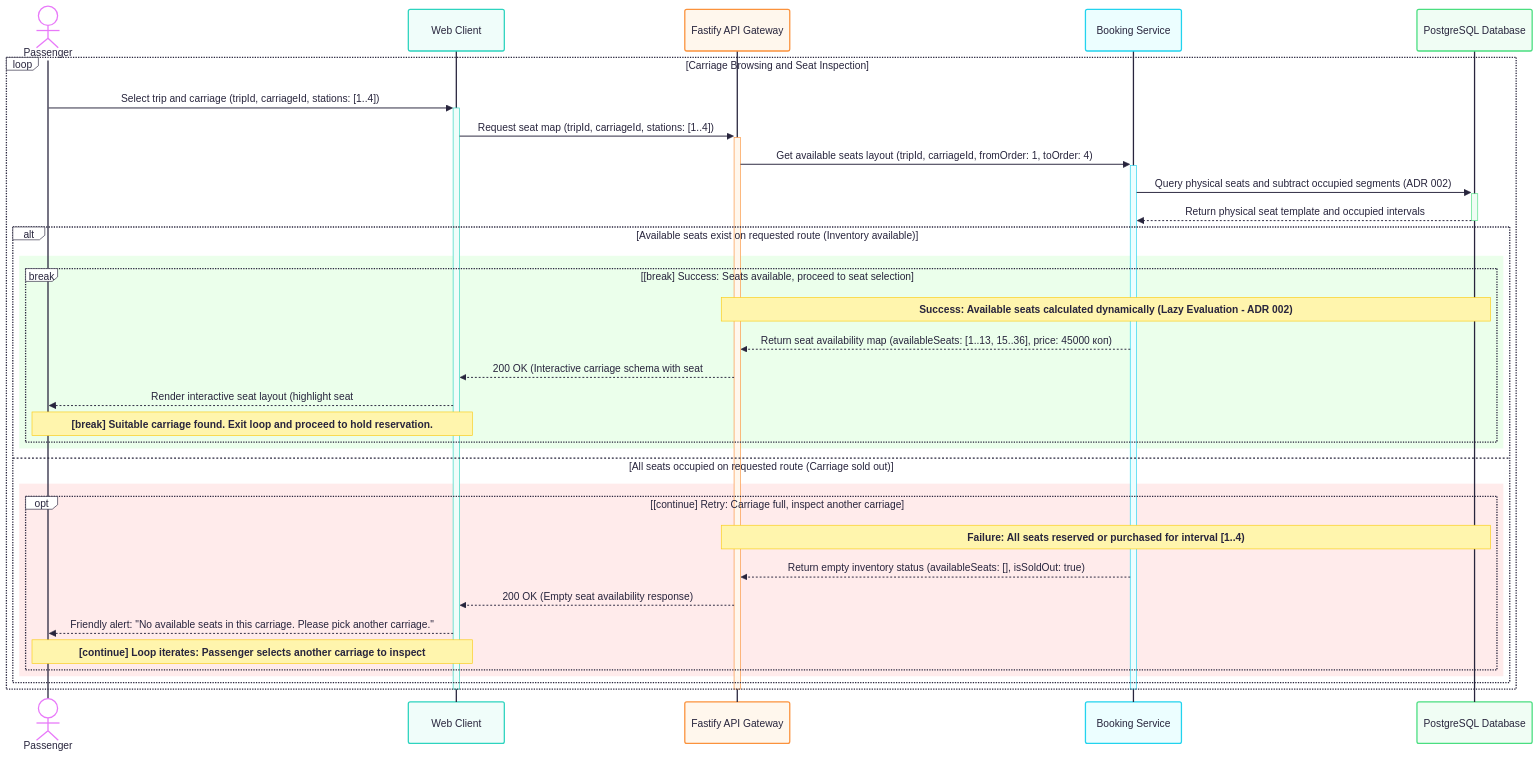
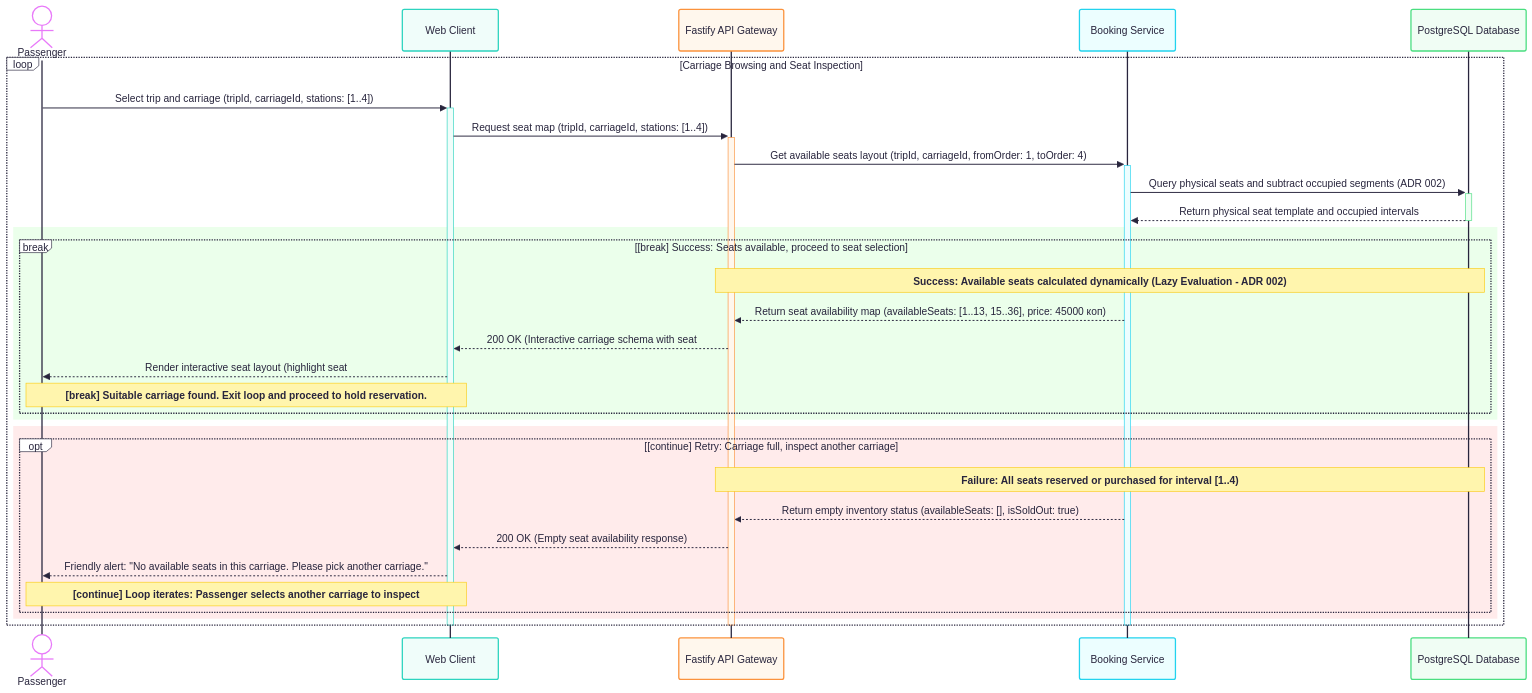
The diagram in docs/lab3/diagrams/model_1.mmd (gun-flud/EasyRail-API), drawn with Mermaid before and after one commit. The commit also changed 6 other files, not shown here.

Commit message:
fix(lab3): fixed complexity problems in sequence diagrams 1 and 2

```diff
--- a/docs/lab3/diagrams/model_1.mmd
+++ b/docs/lab3/diagrams/model_1.mmd
@@ -1,49 +1,47 @@
 ---
 config:
   theme: redux-color
 ---
 sequenceDiagram
     %% autonumber
     actor P as Passenger
     participant UI as Web Client
     participant API as Fastify API Gateway
     participant Svc as Booking Service
     participant DB as PostgreSQL Database
 
     %% =============================================================
     %% UC-01..02: View Carriage and Available Seats (Lazy Evaluation)
     %% =============================================================
     loop Carriage Browsing and Seat Inspection
         P->>+UI: Select trip and carriage (tripId, carriageId, stations: [1..4])
         UI->>+API: Request seat map (tripId, carriageId, stations: [1..4])
         API->>+Svc: Get available seats layout (tripId, carriageId, fromOrder: 1, toOrder: 4)
 
         Svc->>+DB: Query physical seats and subtract occupied segments (ADR 002)
         DB-->>-Svc: Return physical seat template and occupied intervals
 
-        alt Available seats exist on requested route (Inventory available)
-            rect rgb(235, 255, 235)
-            break [break] Success: Seats available, proceed to seat selection
-                Note over API, DB: Success: Available seats calculated dynamically (Lazy Evaluation - ADR 002)
-                Svc-->>API: Return seat availability map (availableSeats: [1..13, 15..36], price: 45000 коп)
-                API-->>UI: 200 OK (Interactive carriage schema with seat #14 free)
-                UI-->>P: Render interactive seat layout (highlight seat #14 as free)
-                Note over P, UI: [break] Suitable carriage found. Exit loop and proceed to hold reservation.
-            end
-            end
-        else All seats occupied on requested route (Carriage sold out)
-            rect rgb(255, 235, 235)
-            opt [continue] Retry: Carriage full, inspect another carriage
-                Note over API, DB: Failure: All seats reserved or purchased for interval [1..4)
-                Svc-->>API: Return empty inventory status (availableSeats: [], isSoldOut: true)
-                API-->>UI: 200 OK (Empty seat availability response)
-                UI-->>P: Friendly alert: "No available seats in this carriage. Please pick another carriage."
-                Note over P, UI: [continue] Loop iterates: Passenger selects another carriage to inspect
-            end
-            end
+        rect rgb(235, 255, 235)
+        break [break] Success: Seats available, proceed to seat selection
+            Note over API, DB: Success: Available seats calculated dynamically (Lazy Evaluation - ADR 002)
+            Svc-->>API: Return seat availability map (availableSeats: [1..13, 15..36], price: 45000 коп)
+            API-->>UI: 200 OK (Interactive carriage schema with seat #14 free)
+            UI-->>P: Render interactive seat layout (highlight seat #14 as free)
+            Note over P, UI: [break] Suitable carriage found. Exit loop and proceed to hold reservation.
+        end
+        end
+
+        rect rgb(255, 235, 235)
+        opt [continue] Retry: Carriage full, inspect another carriage
+            Note over API, DB: Failure: All seats reserved or purchased for interval [1..4)
+            Svc-->>API: Return empty inventory status (availableSeats: [], isSoldOut: true)
+            API-->>UI: 200 OK (Empty seat availability response)
+            UI-->>P: Friendly alert: "No available seats in this carriage. Please pick another carriage."
+            Note over P, UI: [continue] Loop iterates: Passenger selects another carriage to inspect
+        end
         end
     end
 
     deactivate Svc
     deactivate API
     deactivate UI
```
